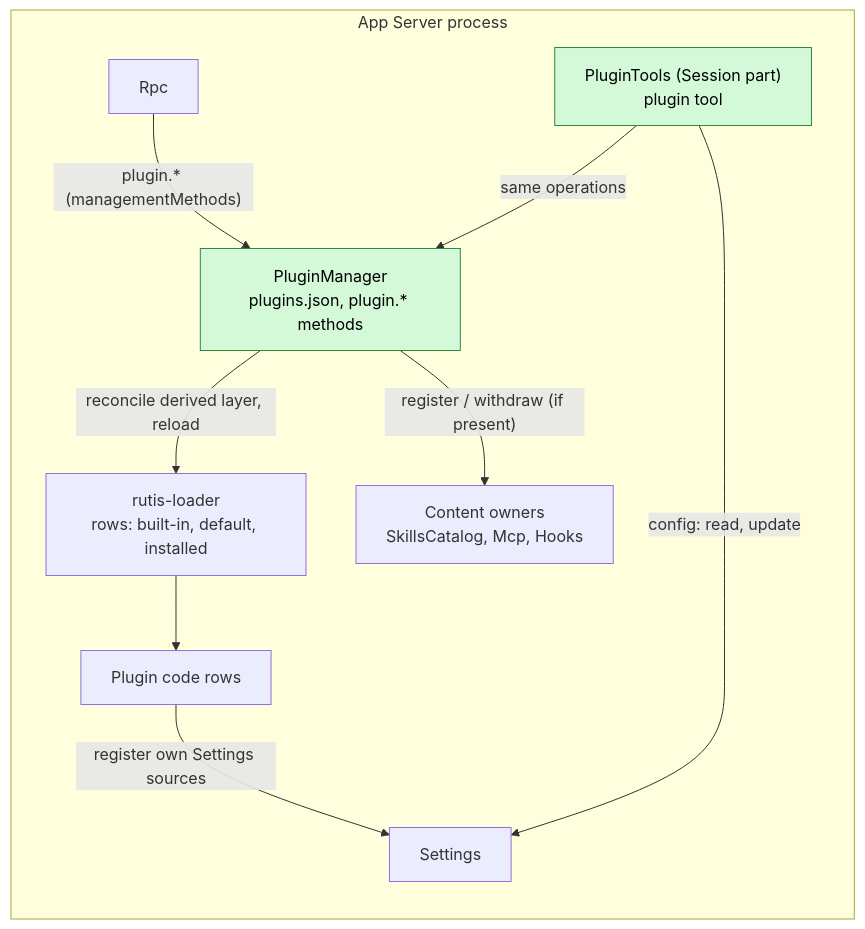
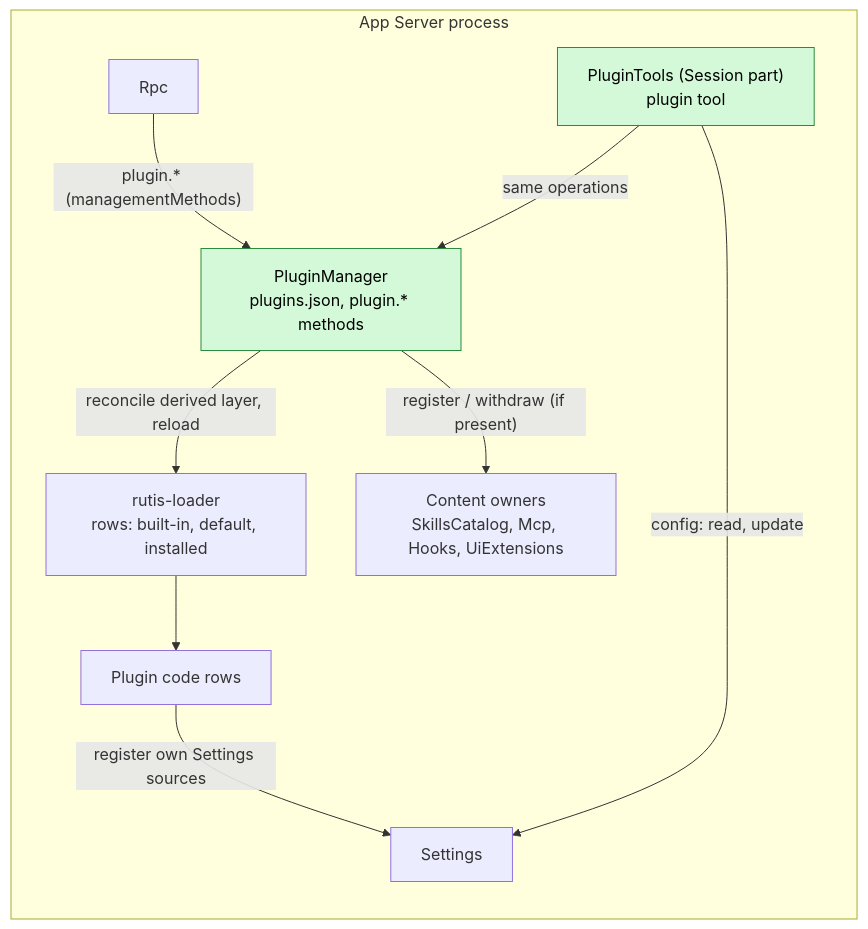
The diagram in docs/design/plugins/PluginManager.md (CoutinhoTTS/dim-agent), drawn with Mermaid before and after one commit. The commit also changed other lines of this file and 60 other files, not shown here.

````diff
--- a/docs/design/plugins/PluginManager.md
+++ b/docs/design/plugins/PluginManager.md
@@ -26,20 +26,20 @@
 ```mermaid
 flowchart LR
   subgraph AS["App Server process"]
     PM["PluginManager<br/>plugins.json, plugin.* methods"]:::new
     LOADER["rutis-loader<br/>rows: built-in, default, installed"]
     RPC["Rpc"]
-    OWN["Content owners<br/>SkillsCatalog, Mcp, Hooks"]
+    OWN["Content owners<br/>SkillsCatalog, Mcp, Hooks, UiExtensions"]
     SET["Settings"]
     CODE["Plugin code rows"]
     PT["PluginTools (Session part)<br/>plugin tool"]:::new
   end
   RPC -->|"plugin.* (managementMethods)"| PM
   PM -->|"reconcile derived layer, reload"| LOADER
   LOADER --> CODE
   PM -->|"register / withdraw (if present)"| OWN
   CODE -->|"register own Settings sources"| SET
   PT -->|"same operations"| PM
   PT -->|"config: read, update"| SET
   classDef new fill:#d3f9d8,stroke:#2b8a3e,color:#000
 ```
````
